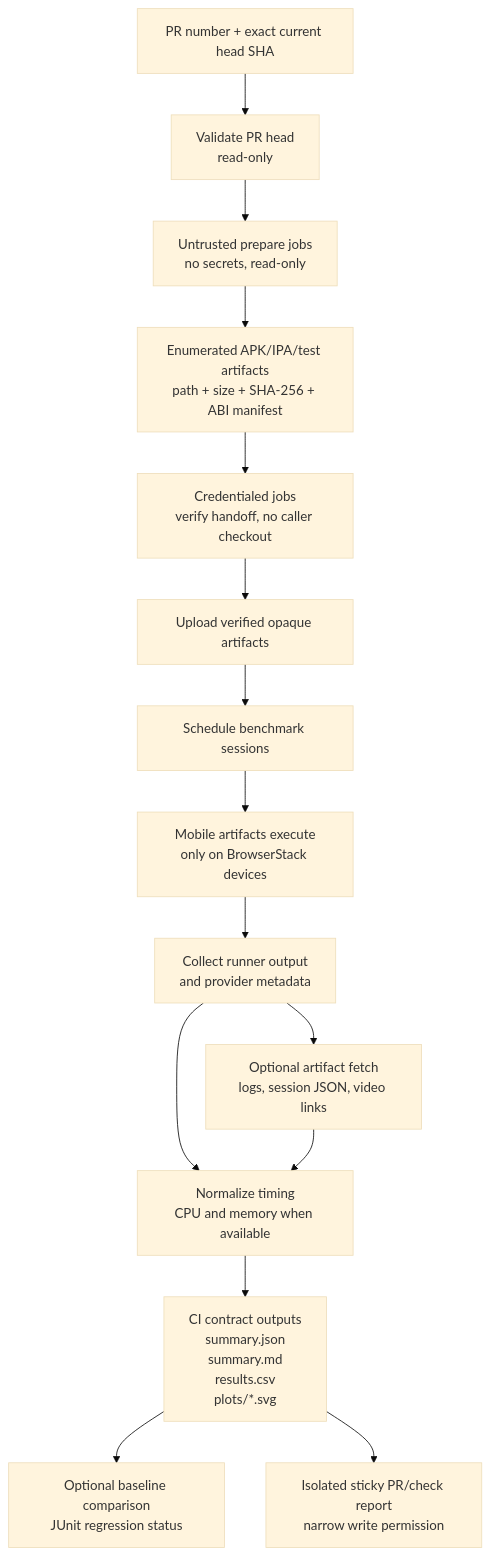
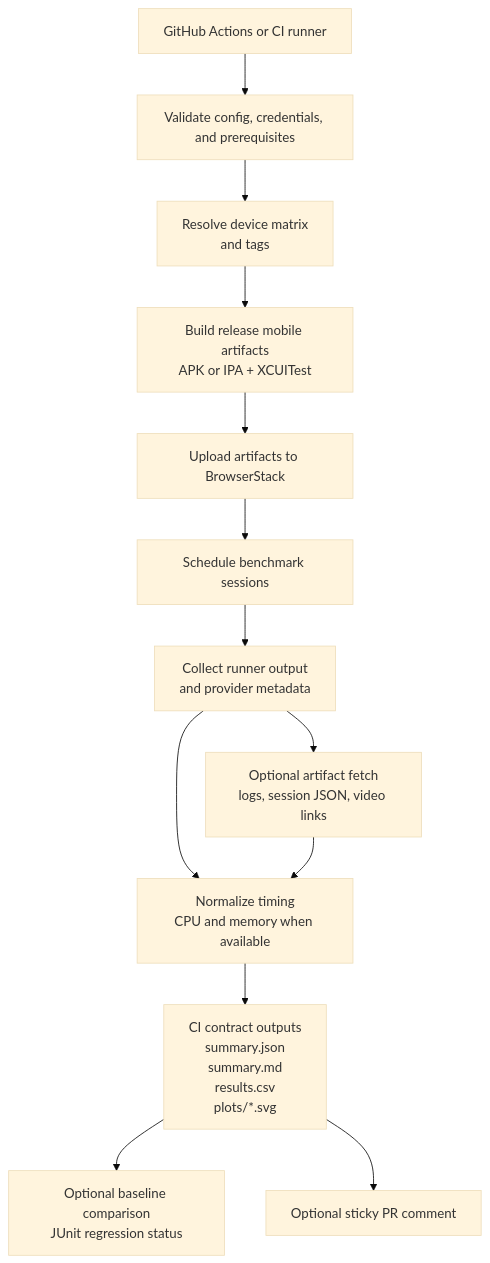
One commit to worldcoin/mobile-bench-rs changed the third of 5 diagrams in README.md. Above: the diagram before and after it, drawn with Mermaid (base theme). The commit also changed other lines of this file and 161 other files, not shown here.

````diff
--- a/README.md
+++ b/README.md
@@ -117,32 +121,28 @@
 ```mermaid
 flowchart TD
-    request["PR number + exact current head SHA"]
-    validate["Validate PR head\nread-only"]
-    build["Untrusted prepare jobs\nno secrets, read-only"]
-    manifest["Enumerated APK/IPA/test artifacts\npath + size + SHA-256 + ABI manifest"]
-    verify["Credentialed jobs\nverify handoff, no caller checkout"]
-    upload["Upload verified opaque artifacts"]
+    workflow["GitHub Actions or CI runner"]
+    doctor["Validate config, credentials, and prerequisites"]
+    resolve["Resolve device matrix\nand tags"]
+    build["Build release mobile artifacts\nAPK or IPA + XCUITest"]
+    upload["Upload artifacts to BrowserStack"]
     schedule["Schedule benchmark sessions"]
-    device["Mobile artifacts execute\nonly on BrowserStack devices"]
     collect["Collect runner output\nand provider metadata"]
     fetch["Optional artifact fetch\nlogs, session JSON, video links"]
     normalize["Normalize timing\nCPU and memory when available"]
     outputs["CI contract outputs\nsummary.json\nsummary.md\nresults.csv\nplots/*.svg"]
     regressions["Optional baseline comparison\nJUnit regression status"]
-    pr["Isolated sticky PR/check report\nnarrow write permission"]
+    pr["Optional sticky PR comment"]
 
-    request --> validate
-    validate --> build
-    build --> manifest
-    manifest --> verify
-    verify --> upload
+    workflow --> doctor
+    doctor --> resolve
+    resolve --> build
+    build --> upload
     upload --> schedule
-    schedule --> device
-    device --> collect
+    schedule --> collect
     collect --> fetch
     collect --> normalize
     fetch --> normalize
     normalize --> outputs
     outputs --> regressions
     outputs --> pr
 ```
````
